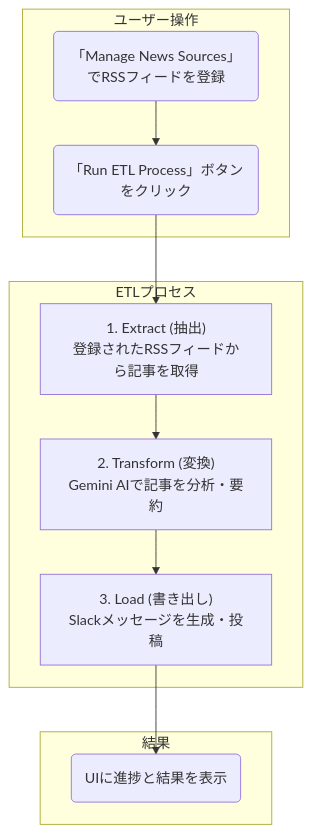
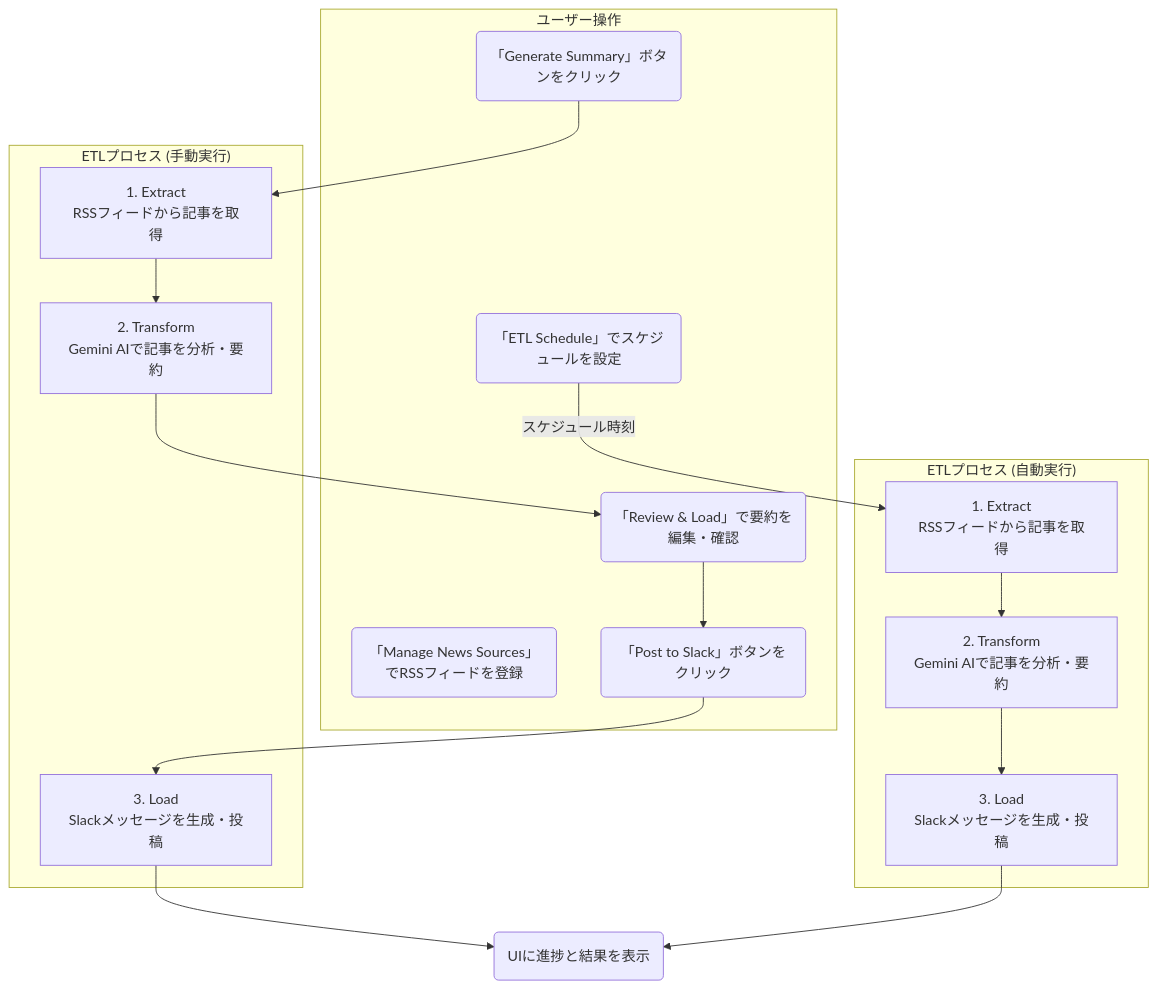
Before and after one commit to ymkge/news-to-slack: the diagram in README.md, drawn with Mermaid. The commit also changed other lines of this file, not shown here.

````diff
--- a/README.md
+++ b/README.md
@@ -27,19 +30,27 @@
 ```mermaid
 graph TD
     subgraph "ユーザー操作"
         A("「Manage News Sources」でRSSフィードを登録")
-        B("「Run ETL Process」ボタンをクリック")
+        B("「Generate Summary」ボタンをクリック")
+        C("「Review & Load」で要約を編集・確認")
+        D("「Post to Slack」ボタンをクリック")
+        E("「ETL Schedule」でスケジュールを設定")
     end
 
-    subgraph "ETLプロセス"
-        C["1. Extract (抽出)<br>登録されたRSSフィードから記事を取得"]
-        D["2. Transform (変換)<br>Gemini AIで記事を分析・要約"]
-        E["3. Load (書き出し)<br>Slackメッセージを生成・投稿"]
+    subgraph "ETLプロセス (手動実行)"
+        B --> F[1. Extract<br>RSSフィードから記事を取得]
+        F --> G[2. Transform<br>Gemini AIで記事を分析・要約]
+        G --> C
+        C --> D
+        D --> H[3. Load<br>Slackメッセージを生成・投稿]
     end
 
-    subgraph "結果"
-        F("UIに進捗と結果を表示")
+    subgraph "ETLプロセス (自動実行)"
+        E -- スケジュール時刻 --> I[1. Extract<br>RSSフィードから記事を取得]
+        I --> J[2. Transform<br>Gemini AIで記事を分析・要約]
+        J --> K[3. Load<br>Slackメッセージを生成・投稿]
     end
 
-    A --> B --> C --> D --> E --> F
+    H --> L(UIに進捗と結果を表示)
+    K --> L
 ```
````
